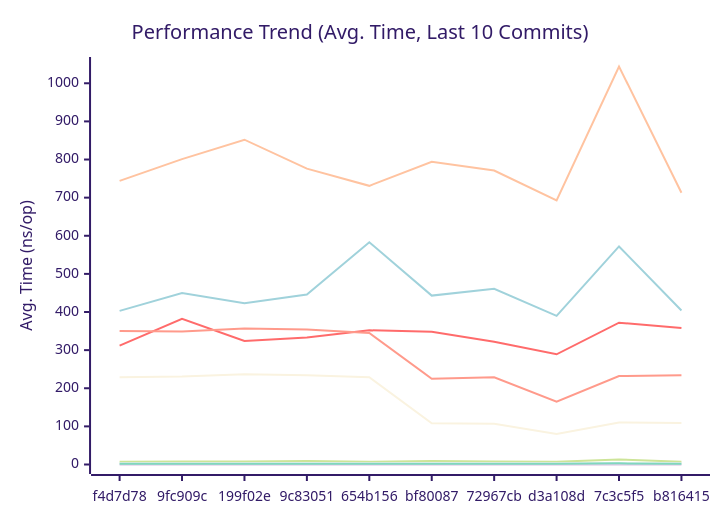
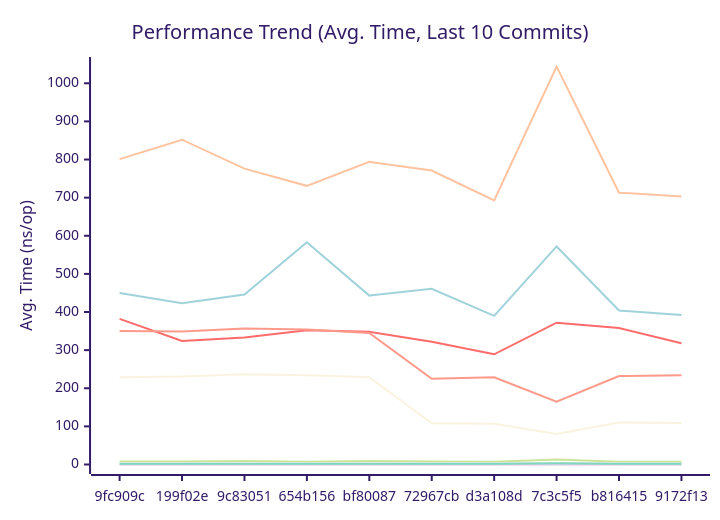
Before and after one commit to alsotoes/momo: the first of 3 diagrams in docs/PERFORMANCE.md, drawn with Mermaid (forest theme). The commit also changed other lines of this file and 2 other files, not shown here.

````diff
--- a/docs/PERFORMANCE.md
+++ b/docs/PERFORMANCE.md
@@ -80,16 +80,16 @@
 ```mermaid
 xychart-beta
     title "Performance Trend (Avg. Time, Last 10 Commits)"
     x-axis "Commit"
     y-axis "Avg. Time (ns/op)"
-    x-axis [f4d7d78,9fc909c,199f02e,9c83051,654b156,bf80087,72967cb,d3a108d,7c3c5f5,b816415]
-    line "CheckMetricsAndSwap" [7,8,8,9,7,9,8,7,13,7]
-    line "CrushOptimized" [312,382,324,333,352,348,322,289,372,358]
-    line "CrushOriginal" [403,450,423,446,583,443,461,390,572,404]
+    x-axis [9fc909c,199f02e,9c83051,654b156,bf80087,72967cb,d3a108d,7c3c5f5,b816415,9172f13]
+    line "CheckMetricsAndSwap" [8,8,9,7,9,8,7,13,7,7]
+    line "CrushOptimized" [382,324,333,352,348,322,289,372,358,318]
+    line "CrushOriginal" [450,423,446,583,443,461,390,572,404,392]
     line "IndexDirectTracking" [0,0,0,0,0,0,0,0,0,0]
     line "IndexSearch" [3,3,3,3,3,3,3,3,3,3]
-    line "LoadGlobalConfig" [744,801,852,776,731,794,771,693,1044,713]
-    line "PadString" [2,2,2,2,2,2,2,2,3,2]
+    line "LoadGlobalConfig" [801,852,776,731,794,771,693,1044,713,703]
+    line "PadString" [2,2,2,2,2,2,2,3,2,2]
     line "ParseReplicationOrder_NoPrealloc" [350,349,357,354,345,225,229,165,232,234]
     line "ParseReplicationOrder_Prealloc" [229,231,237,234,229,108,107,80,110,109]
 ```
````
